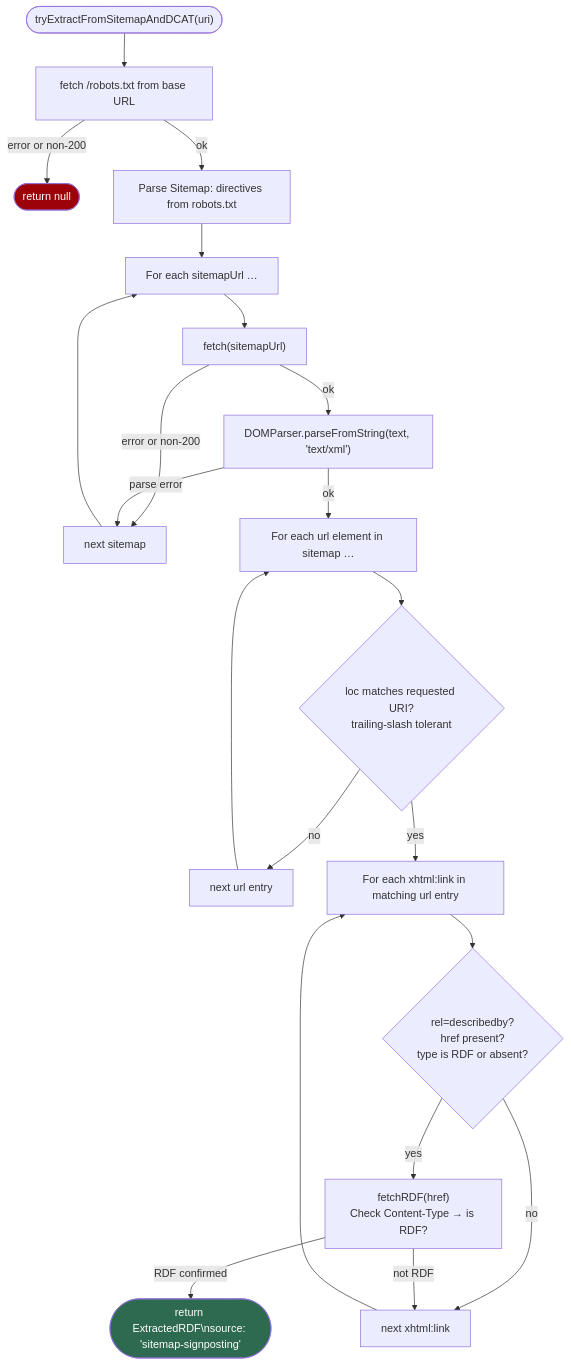
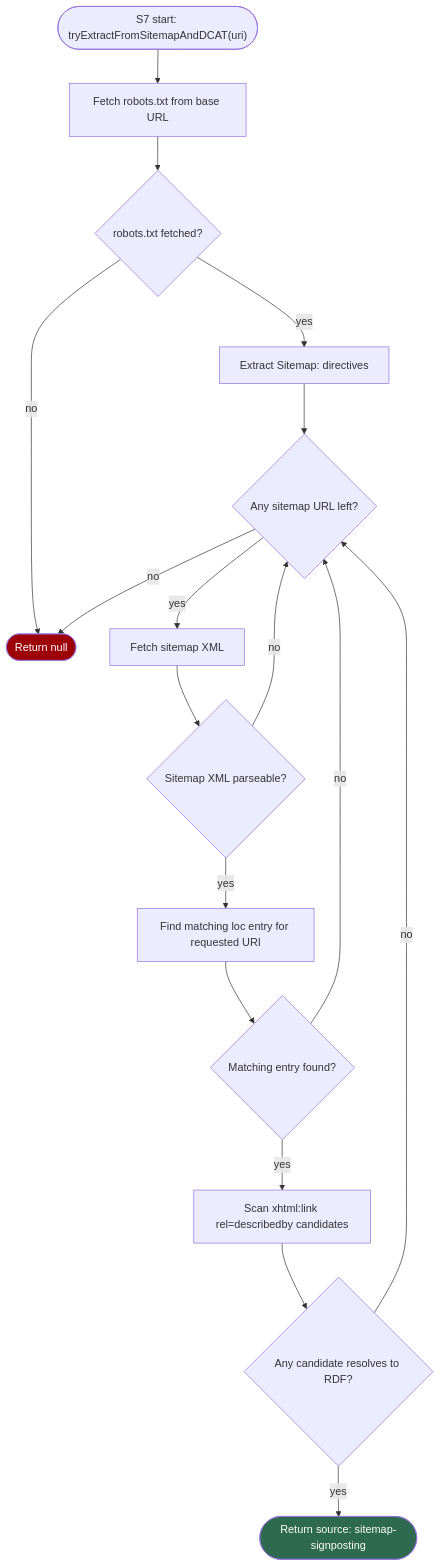
One commit to cedricdcc/wrx changed the ninth of 9 diagrams in DOCUMENTATION.md. Above: the diagram before and after it, drawn with Mermaid. The commit also changed other lines of this file, not shown here.

Commit message:
feat: update extraction flowchart and strategies in documentation for clarity and detail

````diff
--- a/DOCUMENTATION.md
+++ b/DOCUMENTATION.md
@@ -253,27 +284,22 @@
 ```mermaid
 flowchart TD
-    SM_START(["tryExtractFromSitemapAndDCAT(uri)"])
-    SM_START --> ROBOTS["fetch /robots.txt from base URL"]
-    ROBOTS -->|error or non-200| SM_NULL([return null])
-    ROBOTS -->|ok| PARSE_ROBOTS["Parse Sitemap: directives from robots.txt"]
-    PARSE_ROBOTS --> FOR_SM["For each sitemapUrl …"]
-    FOR_SM --> FETCH_SM["fetch(sitemapUrl)"]
-    FETCH_SM -->|error or non-200| NEXT_SM[next sitemap]
-    NEXT_SM --> FOR_SM
-    FETCH_SM -->|ok| PARSE_XML["DOMParser.parseFromString(text, 'text/xml')"]
-    PARSE_XML -->|parse error| NEXT_SM
-    PARSE_XML -->|ok| FOR_URL["For each url element in sitemap …"]
-    FOR_URL --> CHECK_LOC{"loc matches requested URI?\ntrailing-slash tolerant"}
-    CHECK_LOC -->|no| NEXT_URL[next url entry]
-    NEXT_URL --> FOR_URL
-    CHECK_LOC -->|yes| FOR_XLINK["For each xhtml:link in matching url entry"]
-    FOR_XLINK --> CHECK_REL{rel=describedby?\nhref present?\ntype is RDF or absent?}
-    CHECK_REL -->|no| NEXT_XLINK[next xhtml:link]
-    NEXT_XLINK --> FOR_XLINK
-    CHECK_REL -->|yes| FETCH_META["fetchRDF(href)\nCheck Content-Type → is RDF?"]
-    FETCH_META -->|RDF confirmed| RET(["`return ExtractedRDF\nsource: 'sitemap-signposting'`"])
-    FETCH_META -->|not RDF| NEXT_XLINK
+  SM_START(["S7 start: tryExtractFromSitemapAndDCAT(uri)"]) --> ROBOTS["Fetch robots.txt from base URL"]
+  ROBOTS --> ROBOTS_OK{"robots.txt fetched?"}
+  ROBOTS_OK -->|no| SM_NULL(["Return null"])
+  ROBOTS_OK -->|yes| PARSE_ROBOTS["Extract Sitemap: directives"]
+  PARSE_ROBOTS --> FOR_SM{"Any sitemap URL left?"}
+  FOR_SM -->|no| SM_NULL
+  FOR_SM -->|yes| FETCH_SM["Fetch sitemap XML"]
+  FETCH_SM --> SM_OK{"Sitemap XML parseable?"}
+  SM_OK -->|no| FOR_SM
+  SM_OK -->|yes| CHECK_URL["Find matching loc entry for requested URI"]
+  CHECK_URL --> MATCHED{"Matching entry found?"}
+  MATCHED -->|no| FOR_SM
+  MATCHED -->|yes| CHECK_XLINK["Scan xhtml:link rel=describedby candidates"]
+  CHECK_XLINK --> META_OK{"Any candidate resolves to RDF?"}
+  META_OK -->|yes| SM_RET(["Return source: sitemap-signposting"])
+  META_OK -->|no| FOR_SM
 
-    style RET fill:#2d6a4f,color:#fff
-    style SM_NULL fill:#9d0208,color:#fff
+  style SM_RET fill:#2d6a4f,color:#fff
+  style SM_NULL fill:#9d0208,color:#fff
 ```
````
